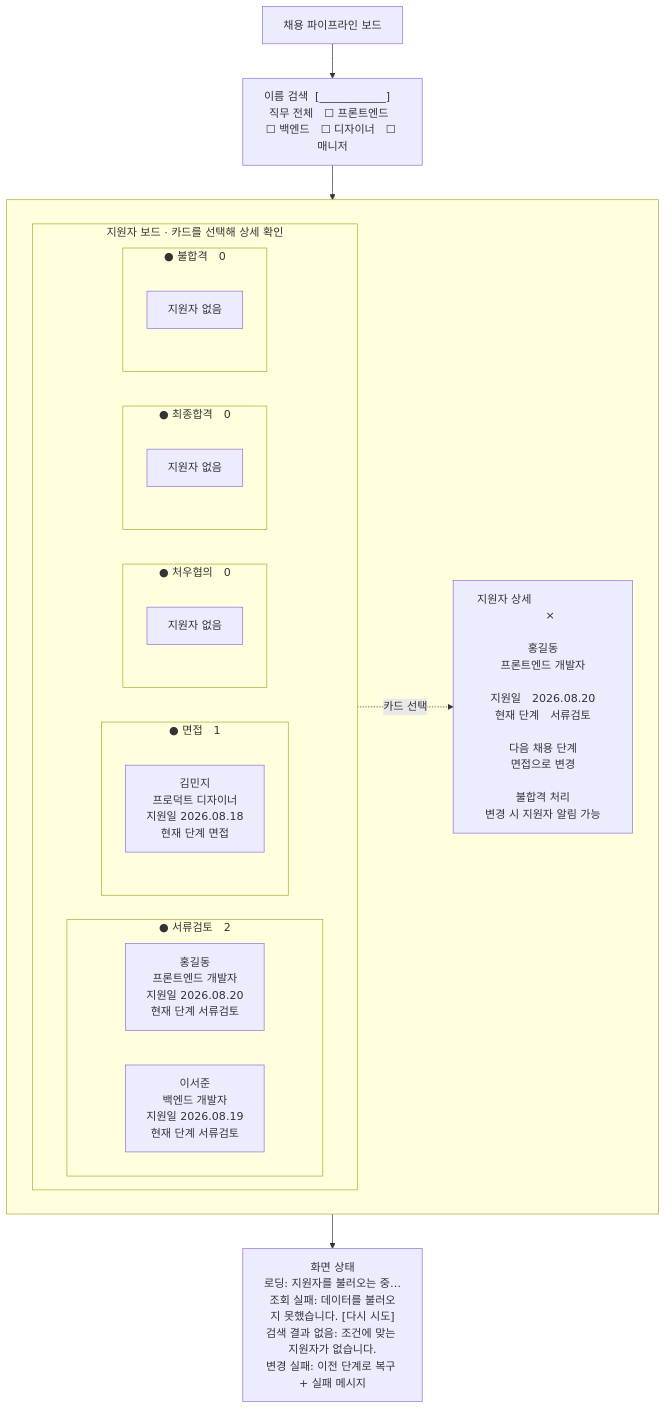
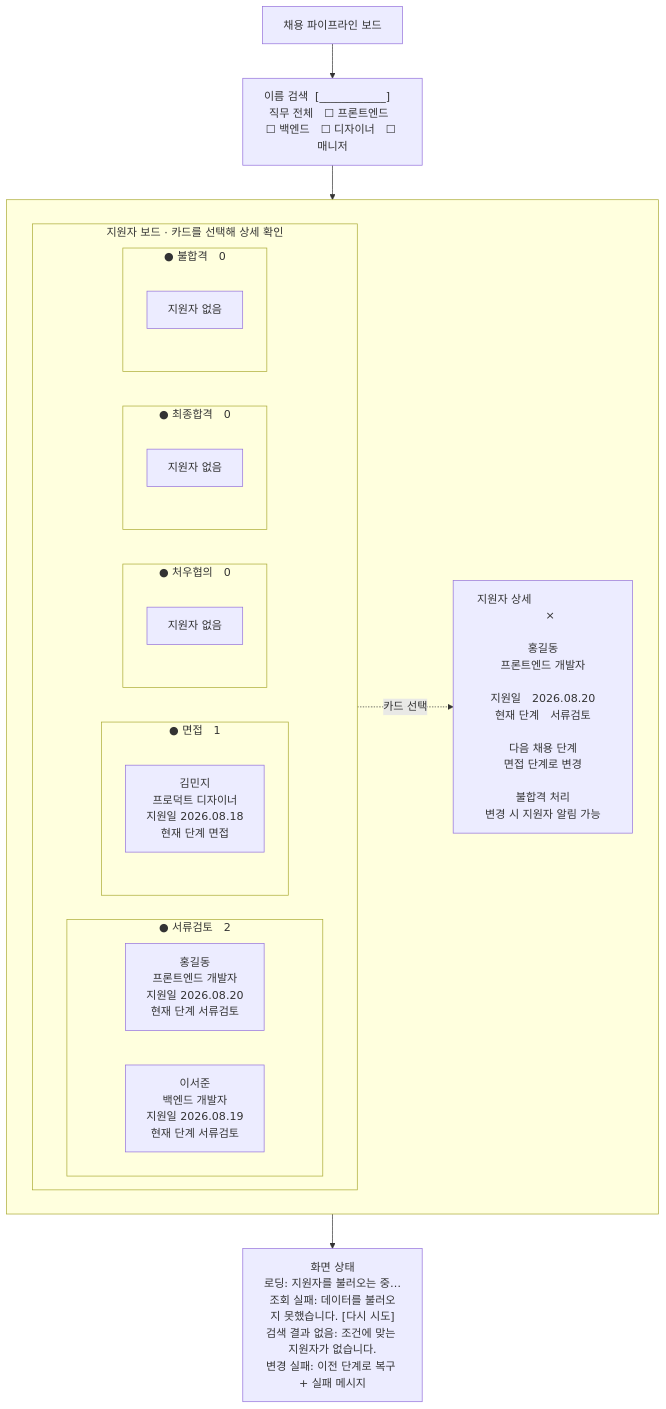
Before and after one commit to icecokel/worxphere-test: the diagram in docs/wireframe.md, drawn with Mermaid. The commit also changed 2 other files, not shown here.

Commit message:
fix(stage-move): 다음 단계 버튼에 대상 단계 표시

````diff
--- a/docs/wireframe.md
+++ b/docs/wireframe.md
@@ -8,42 +8,42 @@
 ```mermaid
 flowchart TB
     header["채용 파이프라인 보드"]
     filters["이름 검색  [____________]　 직무 전체　☐ 프론트엔드　☐ 백엔드　☐ 디자이너　☐ 매니저"]
 
     subgraph content[" "]
         direction LR
 
         subgraph board["지원자 보드 · 카드를 선택해 상세 확인"]
             direction LR
 
             subgraph review["● 서류검토　2"]
                 reviewCard1["홍길동<br/>프론트엔드 개발자<br/>지원일 2026.08.20<br/>현재 단계 서류검토"]
                 reviewCard2["이서준<br/>백엔드 개발자<br/>지원일 2026.08.19<br/>현재 단계 서류검토"]
             end
 
             subgraph interview["● 면접　1"]
                 interviewCard["김민지<br/>프로덕트 디자이너<br/>지원일 2026.08.18<br/>현재 단계 면접"]
             end
 
             subgraph offer["● 처우협의　0"]
                 offerEmpty["지원자 없음"]
             end
 
             subgraph hired["● 최종합격　0"]
                 hiredEmpty["지원자 없음"]
             end
 
             subgraph rejected["● 불합격　0"]
                 rejectedEmpty["지원자 없음"]
             end
         end
 
-        detail["지원자 상세　　　　　　　　 ×<br/><br/>홍길동<br/>프론트엔드 개발자<br/><br/>지원일　2026.08.20<br/>현재 단계　서류검토<br/><br/>다음 채용 단계<br/>면접으로 변경<br/><br/>불합격 처리<br/>변경 시 지원자 알림 가능"]
+        detail["지원자 상세　　　　　　　　 ×<br/><br/>홍길동<br/>프론트엔드 개발자<br/><br/>지원일　2026.08.20<br/>현재 단계　서류검토<br/><br/>다음 채용 단계<br/>면접 단계로 변경<br/><br/>불합격 처리<br/>변경 시 지원자 알림 가능"]
     end
 
     states["화면 상태<br/>로딩: 지원자를 불러오는 중…<br/>조회 실패: 데이터를 불러오지 못했습니다. [다시 시도]<br/>검색 결과 없음: 조건에 맞는 지원자가 없습니다.<br/>변경 실패: 이전 단계로 복구 + 실패 메시지"]
 
     header --> filters --> content
     reviewCard1 -. 카드 선택 .-> detail
     content --> states
 ```
````
